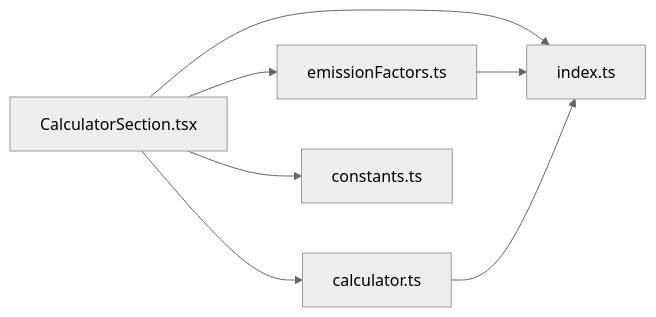
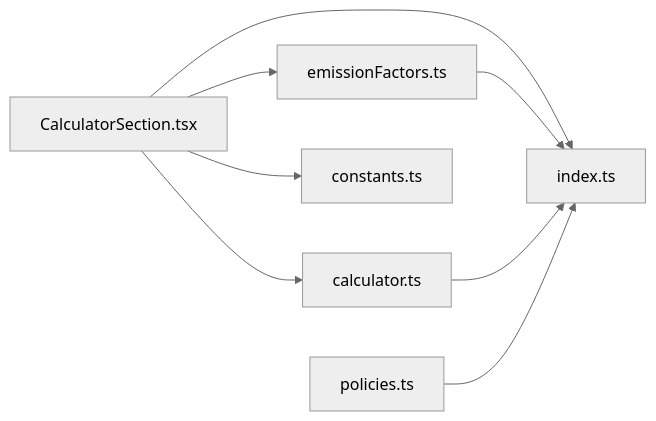
The sixth of 6 diagrams in .qoder/repowiki/zh/content/数据管理/排放因子数据.md (liangxuanliang-cmd/carbon-info-agent), drawn with Mermaid (neutral theme) before and after one commit. The commit also changed other lines of this file and 5 other files, not shown here.

````diff
--- a/.qoder/repowiki/zh/content/数据管理/排放因子数据.md
+++ b/.qoder/repowiki/zh/content/数据管理/排放因子数据.md
@@ -235,9 +268,10 @@
 ```mermaid
 graph LR
 UI["CalculatorSection.tsx"] --> DATA["emissionFactors.ts"]
 UI --> UTIL["calculator.ts"]
 UI --> TYPES["index.ts"]
 UI --> CONST["constants.ts"]
 DATA --> TYPES
 UTIL --> TYPES
+POL["policies.ts"] --> TYPES
 ```
````
